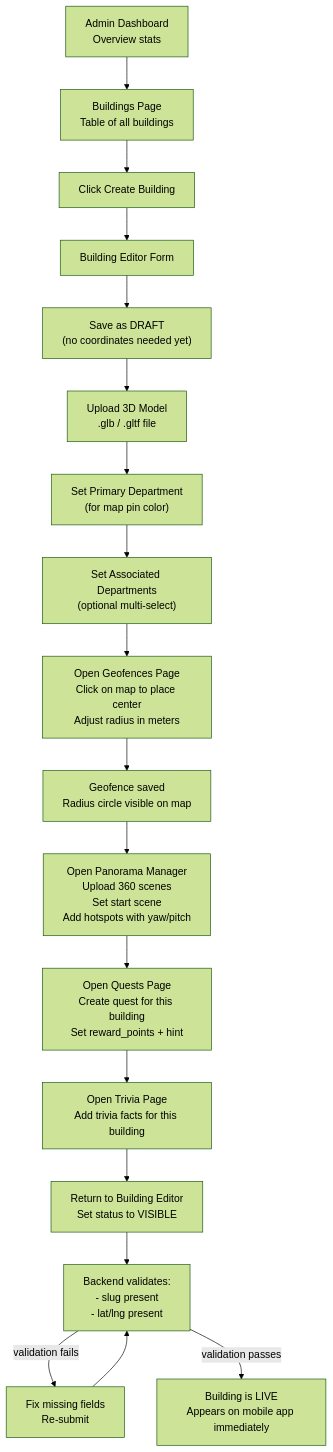
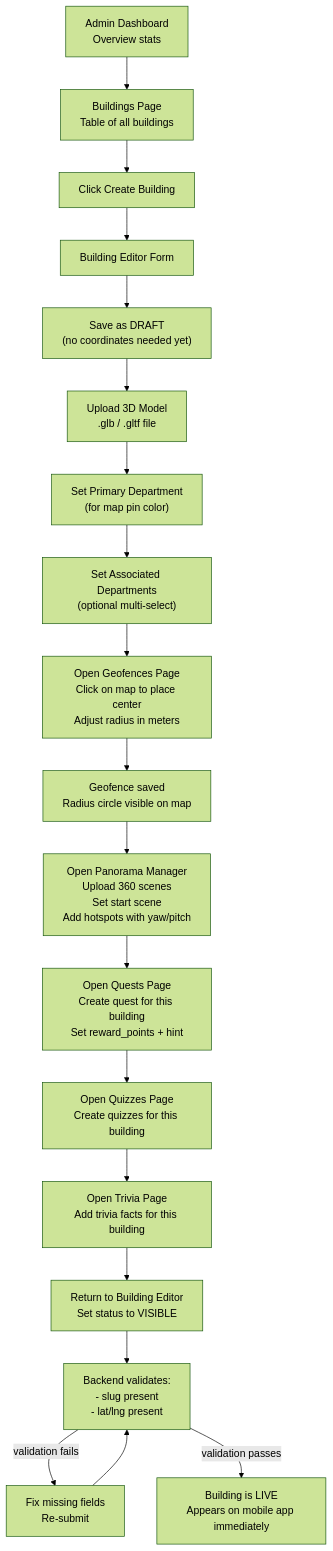
The eighth of 12 diagrams in user-flow.md (Cipher-Syntax/ARQuest), drawn with Mermaid (forest theme) before and after one commit. The commit also changed other lines of this file and 6 other files, not shown here.

Commit message:
docs: finalize architecture and conceptual docs after refactoring

````diff
--- a/user-flow.md
+++ b/user-flow.md
@@ -236,31 +236,32 @@
 ```mermaid
 flowchart TD
     DASH["Admin Dashboard\nOverview stats"]
 
     DASH --> BLDG_PAGE["Buildings Page\nTable of all buildings"]
     BLDG_PAGE --> CREATE["Click Create Building"]
 
     CREATE --> FORM["Building Editor Form"]
     FORM --> SAVE_DRAFT["Save as DRAFT\n(no coordinates needed yet)"]
 
     SAVE_DRAFT --> UPLOAD_3D["Upload 3D Model\n.glb / .gltf file"]
     UPLOAD_3D --> DEPT_SET["Set Primary Department\n(for map pin color)"]
     DEPT_SET --> ASSOC_DEPT["Set Associated Departments\n(optional multi-select)"]
 
     ASSOC_DEPT --> SET_GEO["Open Geofences Page\nClick on map to place center\nAdjust radius in meters"]
     SET_GEO --> GEO_SAVED["Geofence saved\nRadius circle visible on map"]
 
     GEO_SAVED --> PANO_UPLOAD["Open Panorama Manager\nUpload 360 scenes\nSet start scene\nAdd hotspots with yaw/pitch"]
 
     PANO_UPLOAD --> QUEST_CREATE["Open Quests Page\nCreate quest for this building\nSet reward_points + hint"]
 
-    QUEST_CREATE --> TRIVIA_CREATE["Open Trivia Page\nAdd trivia facts for this building"]
+    QUEST_CREATE --> QUIZ_CREATE["Open Quizzes Page\nCreate quizzes for this building"]
+    QUIZ_CREATE --> TRIVIA_CREATE["Open Trivia Page\nAdd trivia facts for this building"]
 
     TRIVIA_CREATE --> PUBLISH["Return to Building Editor\nSet status to VISIBLE"]
     PUBLISH --> VALIDATE["Backend validates:\n- slug present\n- lat/lng present"]
 
     VALIDATE -->|"validation fails"| FIX["Fix missing fields\nRe-submit"]
     FIX --> VALIDATE
 
     VALIDATE -->|"validation passes"| LIVE["Building is LIVE\nAppears on mobile app immediately"]
 ```
````
